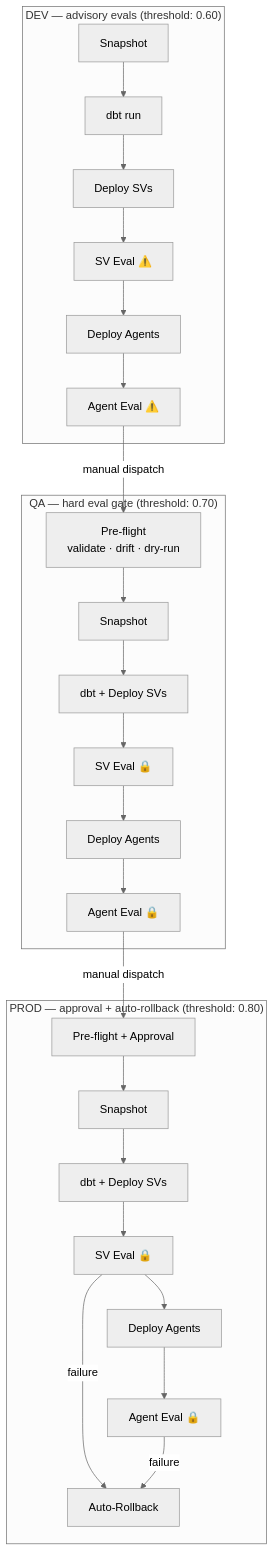
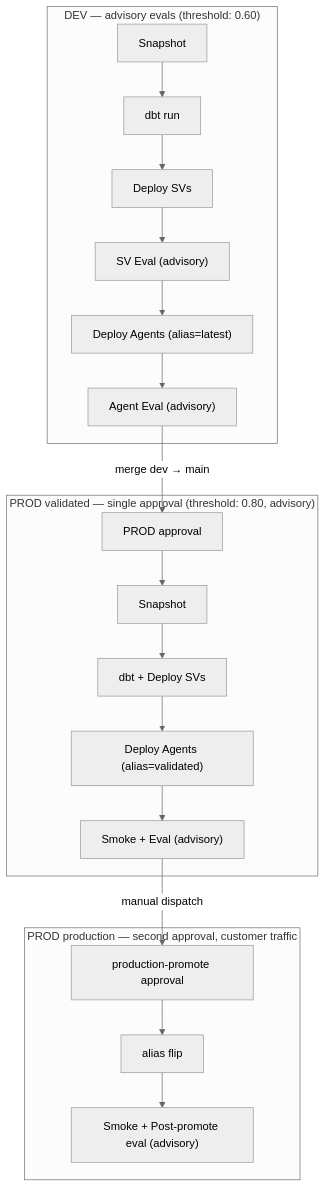
The third of 3 diagrams in README.md (Jeremy-Demlow/AgentMangement), drawn with Mermaid (neutral theme) before and after one commit. The commit also changed other lines of this file and 4 other files, not shown here.

First line of the commit message:
chore(grooming): align docs to validated-alias model (REQ-016)

````diff
--- a/README.md
+++ b/README.md
@@ -260,24 +256,22 @@
 ```mermaid
 flowchart TD
     subgraph dev ["DEV — advisory evals (threshold: 0.60)"]
         D1["Snapshot"] --> D2["dbt run"] --> D3["Deploy SVs"]
-        D3 --> D4["SV Eval ⚠️"] --> D5["Deploy Agents"] --> D6["Agent Eval ⚠️"]
+        D3 --> D4["SV Eval (advisory)"] --> D5["Deploy Agents (alias=latest)"] --> D6["Agent Eval (advisory)"]
     end
 
-    subgraph qa ["QA — hard eval gate (threshold: 0.70)"]
-        Q1["Pre-flight\nvalidate · drift · dry-run"] --> Q2["Snapshot"]
-        Q2 --> Q3["dbt + Deploy SVs"] --> Q4["SV Eval 🔒"]
-        Q4 --> Q5["Deploy Agents"] --> Q6["Agent Eval 🔒"]
+    subgraph prodVal ["PROD validated — single approval (threshold: 0.80, advisory)"]
+        V1["PROD approval"] --> V2["Snapshot"]
+        V2 --> V3["dbt + Deploy SVs"]
+        V3 --> V4["Deploy Agents (alias=validated)"]
+        V4 --> V5["Smoke + Eval (advisory)"]
     end
 
-    subgraph prod ["PROD — approval + auto-rollback (threshold: 0.80)"]
-        P1["Pre-flight + Approval"] --> P2["Snapshot"]
-        P2 --> P3["dbt + Deploy SVs"] --> P4["SV Eval 🔒"]
-        P4 --> P5["Deploy Agents"] --> P6["Agent Eval 🔒"]
-        P4 -->|failure| P7["Auto-Rollback"]
-        P6 -->|failure| P7
+    subgraph prodProm ["PROD production — second approval, customer traffic"]
+        Pp1["production-promote approval"] --> Pp2["alias flip"]
+        Pp2 --> Pp3["Smoke + Post-promote eval (advisory)"]
     end
 
-    D6 -->|"manual dispatch"| Q1
-    Q6 -->|"manual dispatch"| P1
+    D6 -->|"merge dev → main"| V1
+    V5 -->|"manual dispatch"| Pp1
 ```
````
